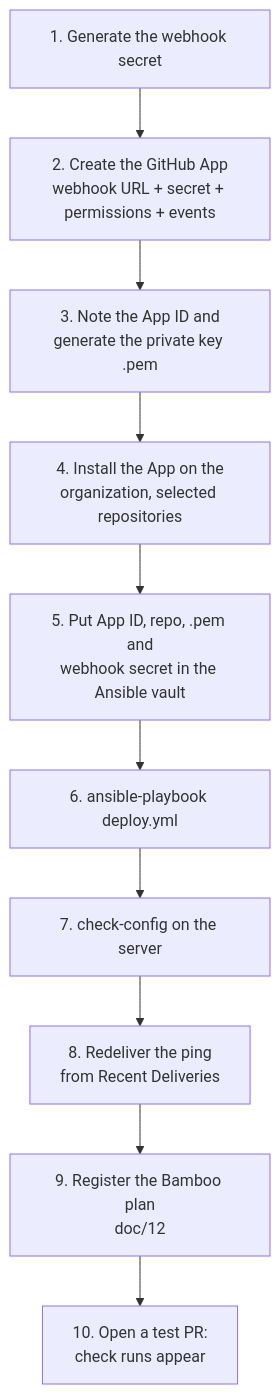
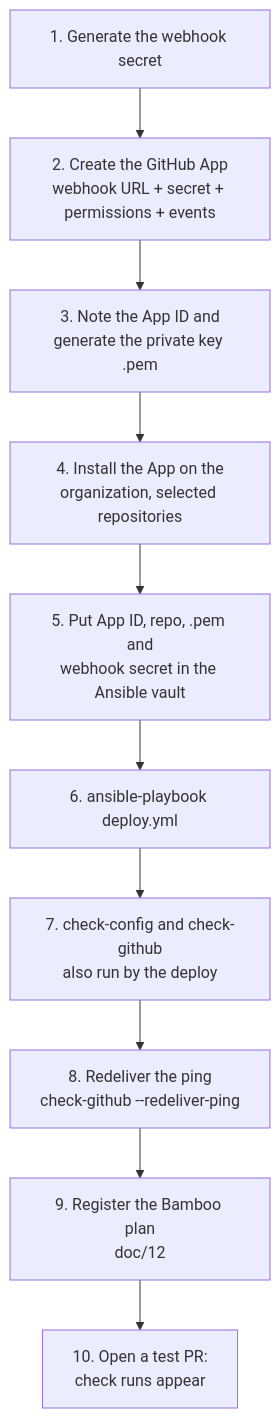
The second of 4 diagrams in doc/13-github-app-setup.md (FRRouting/netdef-ci-github-app), drawn with Mermaid before and after one commit. The commit also changed other lines of this file and 15 other files, not shown here.

````diff
--- a/doc/13-github-app-setup.md
+++ b/doc/13-github-app-setup.md
@@ -13,12 +72,12 @@
 ```mermaid
 flowchart TD
     A[1. Generate the webhook secret] --> B[2. Create the GitHub App<br/>webhook URL + secret + permissions + events]
     B --> C[3. Note the App ID and<br/>generate the private key .pem]
     C --> D[4. Install the App on the<br/>organization, selected repositories]
     D --> E[5. Put App ID, repo, .pem and<br/>webhook secret in the Ansible vault]
     E --> F[6. ansible-playbook deploy.yml]
-    F --> G[7. check-config on the server]
-    G --> H[8. Redeliver the ping<br/>from Recent Deliveries]
+    F --> G[7. check-config and check-github<br/>also run by the deploy]
+    G --> H[8. Redeliver the ping<br/>check-github --redeliver-ping]
     H --> I[9. Register the Bamboo plan<br/>doc/12]
     I --> J[10. Open a test PR:<br/>check runs appear]
 ```
````
